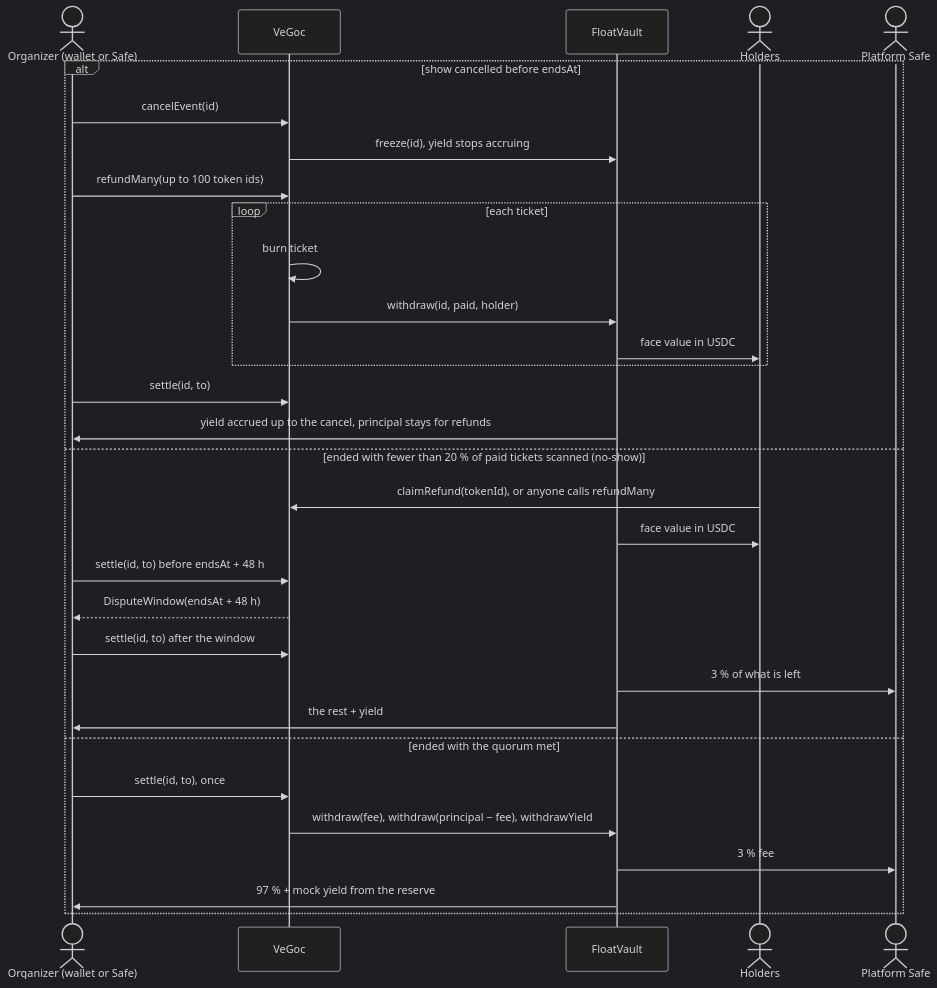
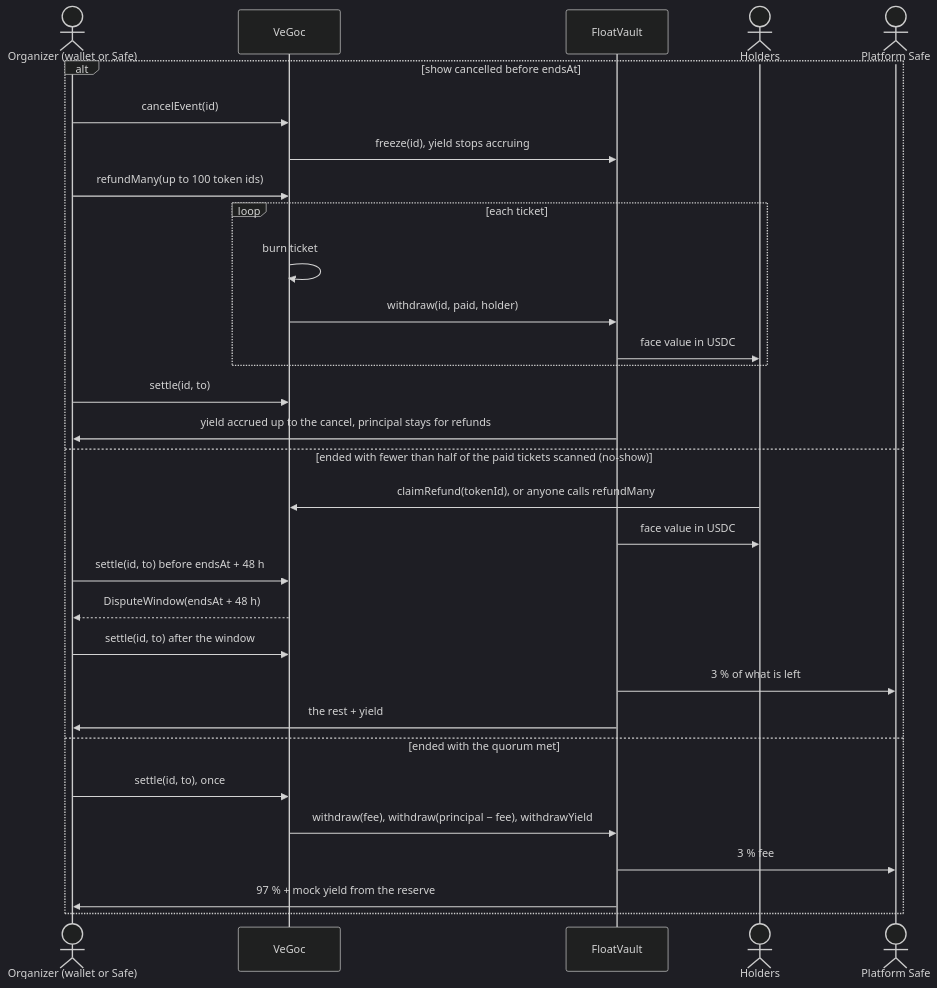
Before and after one commit to buiPhongGiang/ticketing: the fourth of 7 diagrams in docs/ARCHITECTURE.md, drawn with Mermaid (dark theme). The commit also changed other lines of this file and 8 other files, not shown here.

````diff
--- a/docs/ARCHITECTURE.md
+++ b/docs/ARCHITECTURE.md
@@ -119,33 +126,33 @@
 ```mermaid
 sequenceDiagram
   actor O as Organizer (wallet or Safe)
   participant T as VeGoc
   participant V as FloatVault
   actor H as Holders
   actor P as Platform Safe
   alt show cancelled before endsAt
     O->>T: cancelEvent(id)
     T->>V: freeze(id), yield stops accruing
     O->>T: refundMany(up to 100 token ids)
     loop each ticket
       T->>T: burn ticket
       T->>V: withdraw(id, paid, holder)
       V->>H: face value in USDC
     end
     O->>T: settle(id, to)
     V->>O: yield accrued up to the cancel, principal stays for refunds
-  else ended with fewer than 20 % of paid tickets scanned (no-show)
+  else ended with fewer than half of the paid tickets scanned (no-show)
     H->>T: claimRefund(tokenId), or anyone calls refundMany
     V->>H: face value in USDC
     O->>T: settle(id, to) before endsAt + 48 h
     T-->>O: DisputeWindow(endsAt + 48 h)
     O->>T: settle(id, to) after the window
     V->>P: 3 % of what is left
     V->>O: the rest + yield
   else ended with the quorum met
     O->>T: settle(id, to), once
     T->>V: withdraw(fee), withdraw(principal − fee), withdrawYield
     V->>P: 3 % fee
     V->>O: 97 % + mock yield from the reserve
   end
 ```
````
